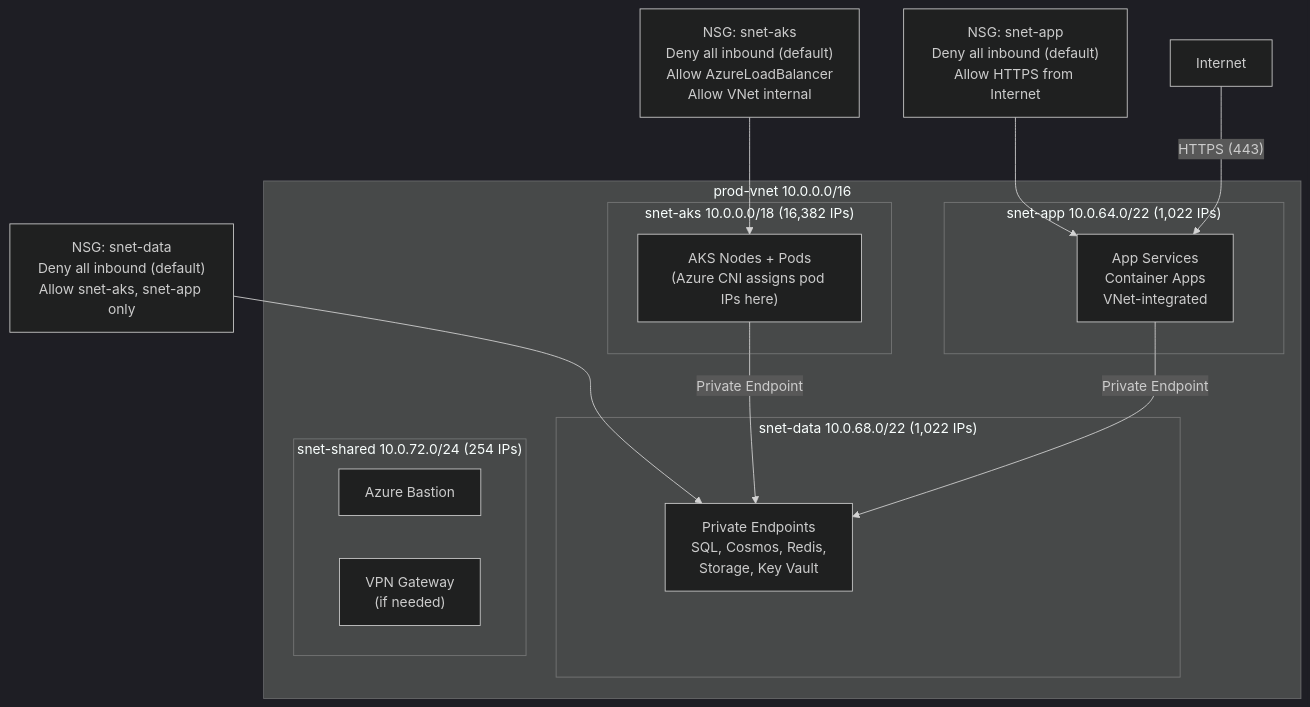
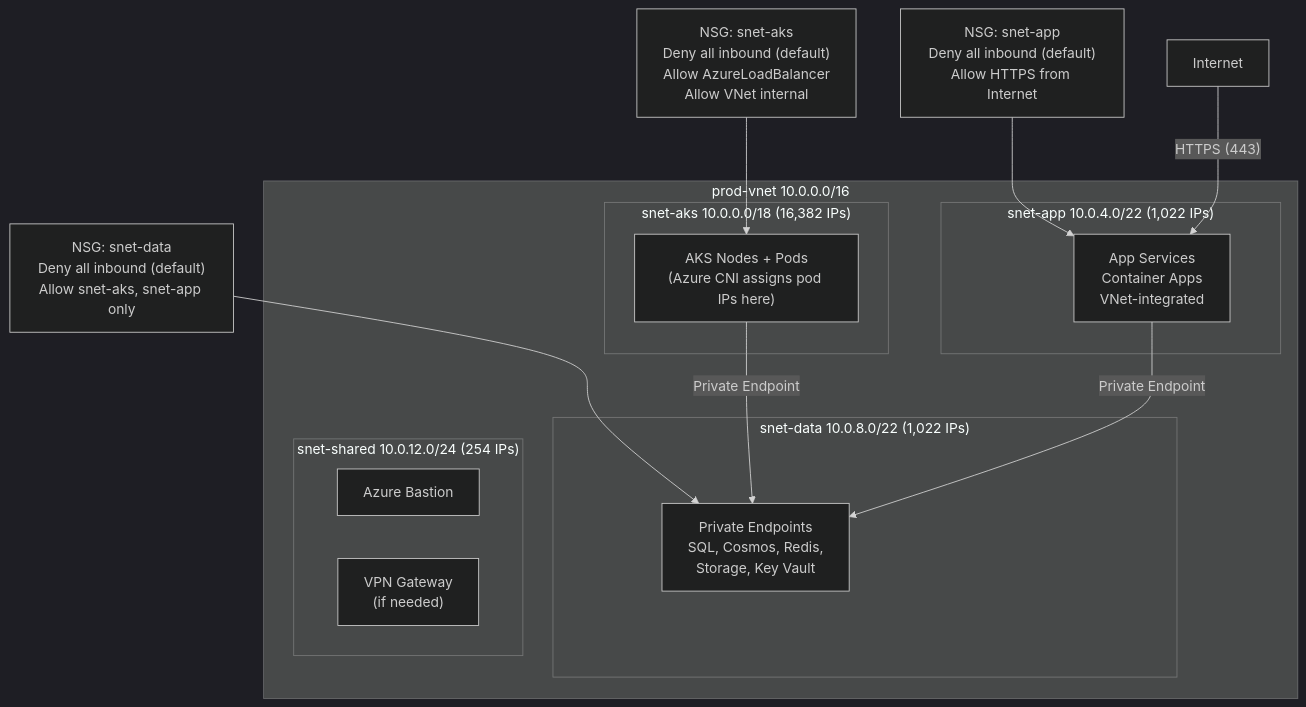
The third of 4 diagrams in diagrams/architecture.md (ricmmartins/sslz), drawn with Mermaid (dark theme) before and after one commit. The commit also changed other lines of this file and 26 other files, not shown here.

````diff
--- a/diagrams/architecture.md
+++ b/diagrams/architecture.md
@@ -67,30 +67,30 @@
 ```mermaid
 graph TB
     subgraph "prod-vnet 10.0.0.0/16"
         subgraph "snet-aks 10.0.0.0/18 (16,382 IPs)"
             aks_nodes["AKS Nodes + Pods<br/>(Azure CNI assigns pod IPs here)"]
         end
-        subgraph "snet-app 10.0.64.0/22 (1,022 IPs)"
+        subgraph "snet-app 10.0.4.0/22 (1,022 IPs)"
             app_svc["App Services<br/>Container Apps<br/>VNet-integrated"]
         end
-        subgraph "snet-data 10.0.68.0/22 (1,022 IPs)"
+        subgraph "snet-data 10.0.8.0/22 (1,022 IPs)"
             pe["Private Endpoints<br/>SQL, Cosmos, Redis,<br/>Storage, Key Vault"]
         end
-        subgraph "snet-shared 10.0.72.0/24 (254 IPs)"
+        subgraph "snet-shared 10.0.12.0/24 (254 IPs)"
             bastion["Azure Bastion"]
             vpn["VPN Gateway<br/>(if needed)"]
         end
     end
 
     nsg_aks["NSG: snet-aks<br/>Deny all inbound (default)<br/>Allow AzureLoadBalancer<br/>Allow VNet internal"]
     nsg_app["NSG: snet-app<br/>Deny all inbound (default)<br/>Allow HTTPS from Internet"]
     nsg_data["NSG: snet-data<br/>Deny all inbound (default)<br/>Allow snet-aks, snet-app only"]
 
     nsg_aks --> aks_nodes
     nsg_app --> app_svc
     nsg_data --> pe
 
     internet["Internet"] -->|"HTTPS (443)"| app_svc
     aks_nodes -->|"Private Endpoint"| pe
     app_svc -->|"Private Endpoint"| pe
 ```
````
